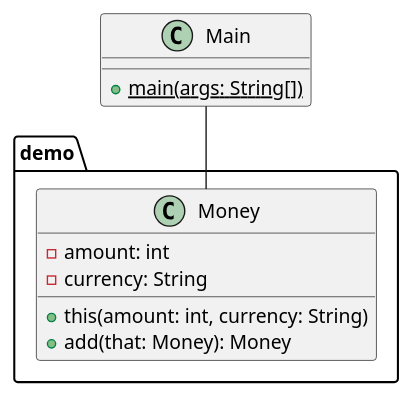
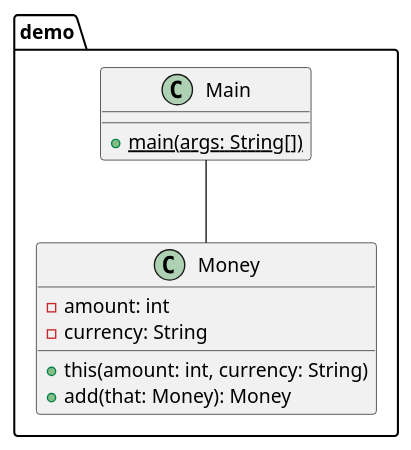
Before and after one commit to Alex-Fulb/gl-info2-tp-demo: the diagram in class_diag.puml, drawn with PlantUML.

Commit message:
Rectif class_diag

```diff
--- a/class_diag.puml
+++ b/class_diag.puml
@@ -1,14 +1,15 @@
 @startuml
 package demo {
     class Money {
-        - amount: int
-        - currency: String
+        -amount: int
+        -currency: String
         + this(amount: int, currency: String)
         + add(that: Money): Money
-    }
-}
-class Main {
- + {static} main(args: String[])
-}
-Main -- Money
+        }
+
+     class Main {
+        + {static} main(args: String[])
+        }
+        Main -- Money
+        }
 @enduml
```
